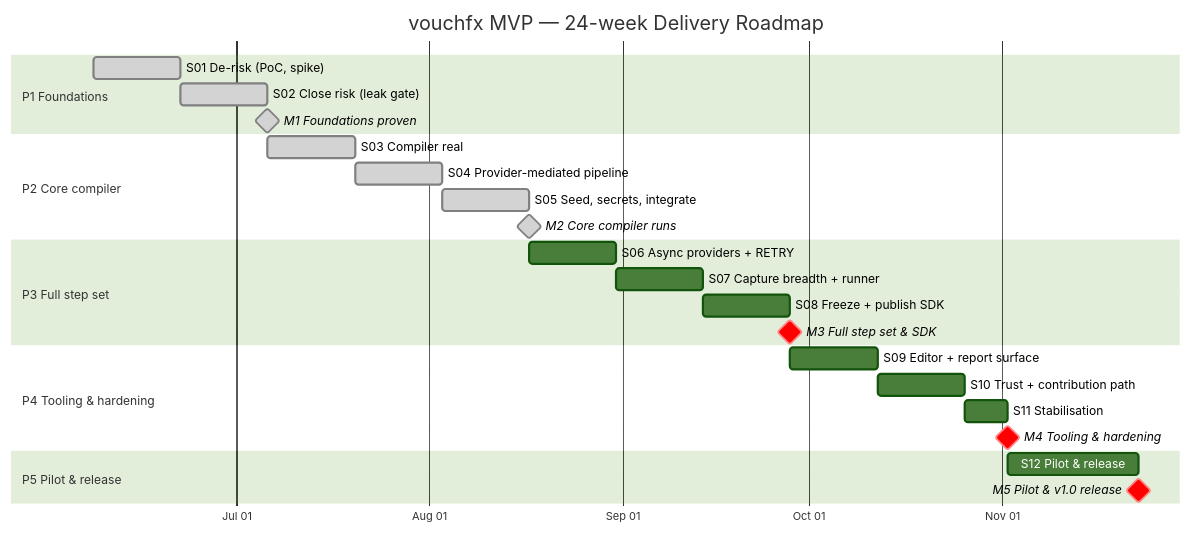
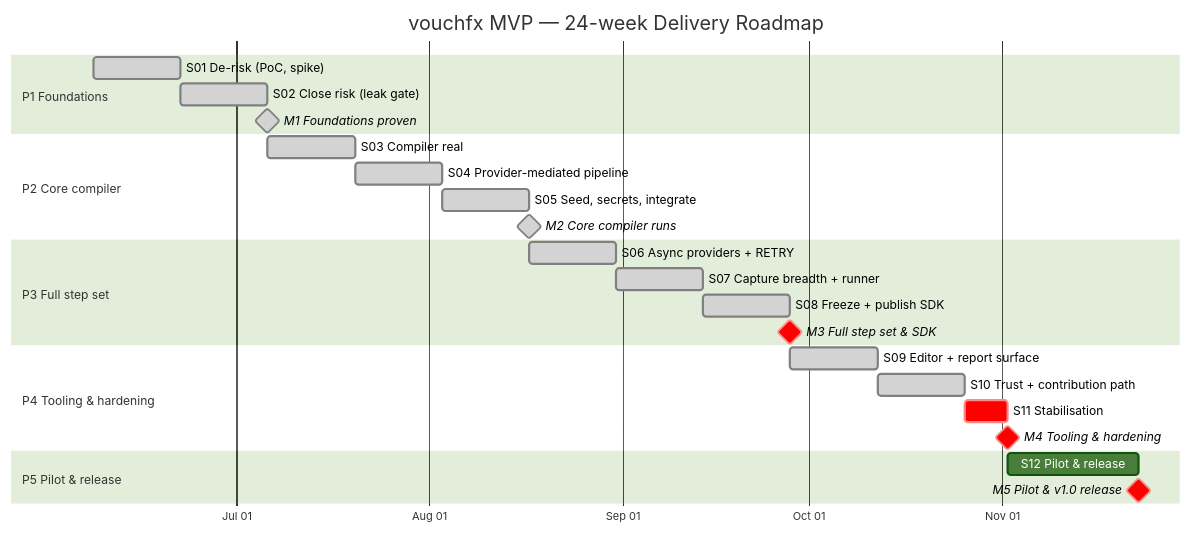
Before and after one commit to tomas-rampas/vouchfx: the diagram in plan/roadmap.md, drawn with Mermaid (forest theme). The commit also changed other lines of this file and 4 other files, not shown here.

First line of the commit message:
docs(plan): track deferred S10 items as future-sprint tasks + refresh roadmap

````diff
--- a/plan/roadmap.md
+++ b/plan/roadmap.md
@@ -20,34 +22,34 @@
 ```mermaid
 gantt
     title vouchfx MVP — 24-week Delivery Roadmap
     dateFormat YYYY-MM-DD
     axisFormat %b %d
     todayMarker off
 
     section P1 Foundations
     S01 De-risk (PoC, spike)        :done, s01, 2026-06-08, 14d
     S02 Close risk (leak gate)      :done, s02, after s01, 14d
     M1 Foundations proven           :milestone, done, m1, after s02, 0d
 
     section P2 Core compiler
     S03 Compiler real               :done, s03, after s02, 14d
     S04 Provider-mediated pipeline  :done, s04, after s03, 14d
     S05 Seed, secrets, integrate    :done, s05, after s04, 14d
     M2 Core compiler runs           :milestone, done, m2, after s05, 0d
 
     section P3 Full step set
-    S06 Async providers + RETRY     :s06, after s05, 14d
-    S07 Capture breadth + runner    :s07, after s06, 14d
-    S08 Freeze + publish SDK        :s08, after s07, 14d
+    S06 Async providers + RETRY     :done, s06, after s05, 14d
+    S07 Capture breadth + runner    :done, s07, after s06, 14d
+    S08 Freeze + publish SDK        :done, s08, after s07, 14d
     M3 Full step set & SDK          :milestone, crit, m3, after s08, 0d
 
     section P4 Tooling & hardening
-    S09 Editor + report surface     :s09, after s08, 14d
-    S10 Trust + contribution path   :s10, after s09, 14d
-    S11 Stabilisation               :s11, after s10, 7d
+    S09 Editor + report surface     :done, s09, after s08, 14d
+    S10 Trust + contribution path   :done, s10, after s09, 14d
+    S11 Stabilisation               :crit, s11, after s10, 7d
     M4 Tooling & hardening          :milestone, crit, m4, after s11, 0d
 
     section P5 Pilot & release
     S12 Pilot & release             :s12, after s11, 21d
     M5 Pilot & v1.0 release         :milestone, crit, m5, after s12, 0d
 ```
````
